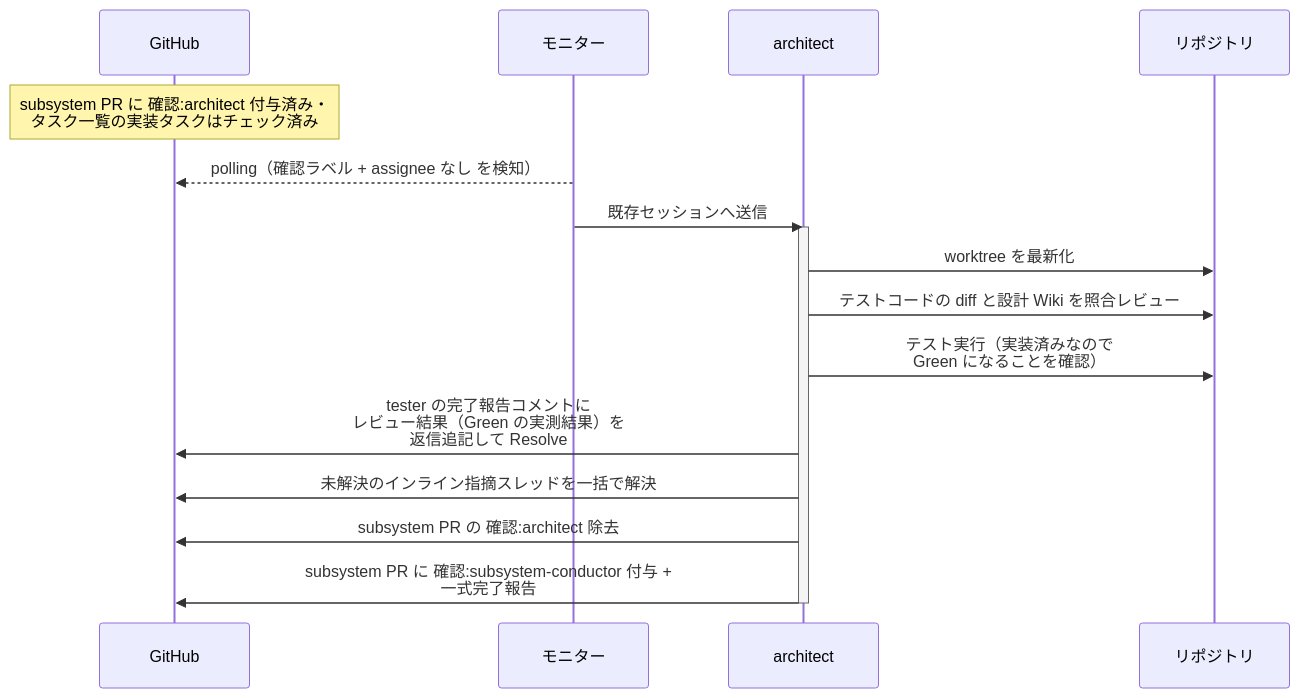
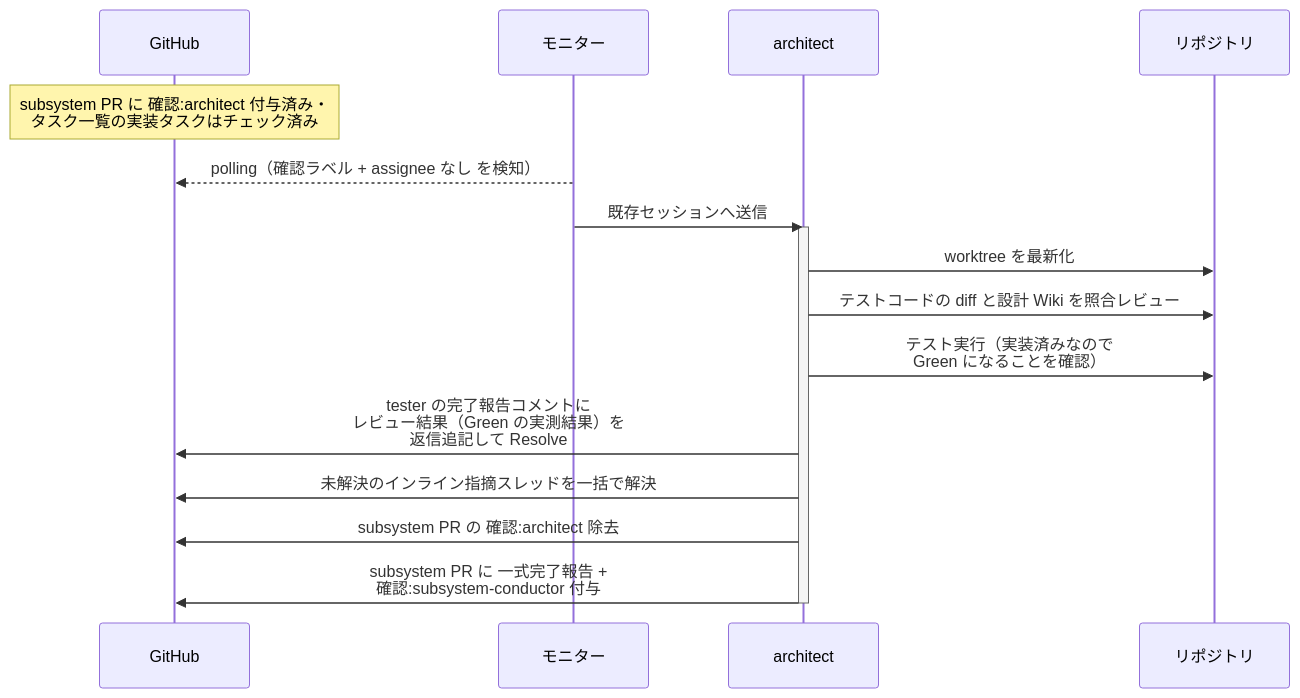
One commit to shuhei1101/ai-monitor changed the second of 3 diagrams in docs/wiki/設計図/シナリオ/単一ユースケース/テストレビュー.md. Above: the diagram before and after it, drawn with Mermaid. The commit also changed 29 other files, not shown here.

````diff
--- a/docs/wiki/設計図/シナリオ/単一ユースケース/テストレビュー.md
+++ b/docs/wiki/設計図/シナリオ/単一ユースケース/テストレビュー.md
@@ -76,20 +76,20 @@
 ```mermaid
 sequenceDiagram
   participant GH as GitHub
   participant ORC as モニター
   participant MON as architect
   participant REPO as リポジトリ
 
   Note over GH: subsystem PR に 確認:architect 付与済み・<br>タスク一覧の実装タスクはチェック済み
   ORC-->>GH: polling（確認ラベル + assignee なし を検知）
   ORC->>MON: 既存セッションへ送信
   activate MON
   MON->>REPO: worktree を最新化
   MON->>REPO: テストコードの diff と設計 Wiki を照合レビュー
   MON->>REPO: テスト実行（実装済みなので<br>Green になることを確認）
   MON->>GH: tester の完了報告コメントに<br>レビュー結果（Green の実測結果）を<br>返信追記して Resolve
   MON->>GH: 未解決のインライン指摘スレッドを一括で解決
   MON->>GH: subsystem PR の 確認:architect 除去
-  MON->>GH: subsystem PR に 確認:subsystem-conductor 付与 +<br>一式完了報告
+  MON->>GH: subsystem PR に 一式完了報告 +<br>確認:subsystem-conductor 付与
   deactivate MON
 ```
````
